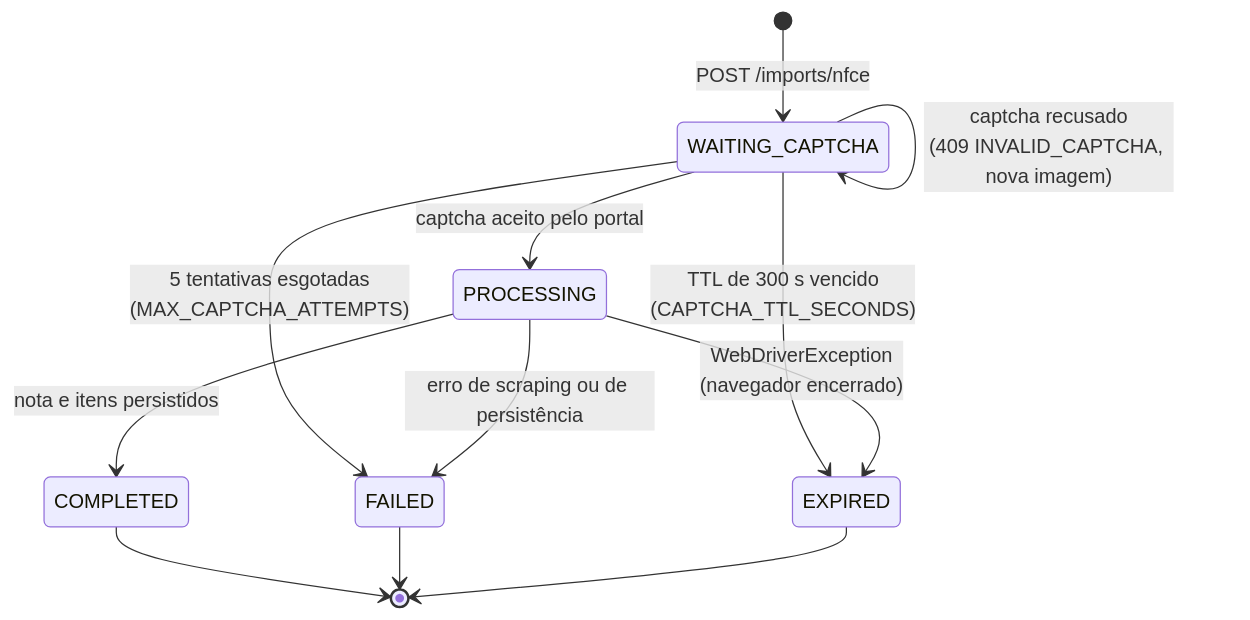
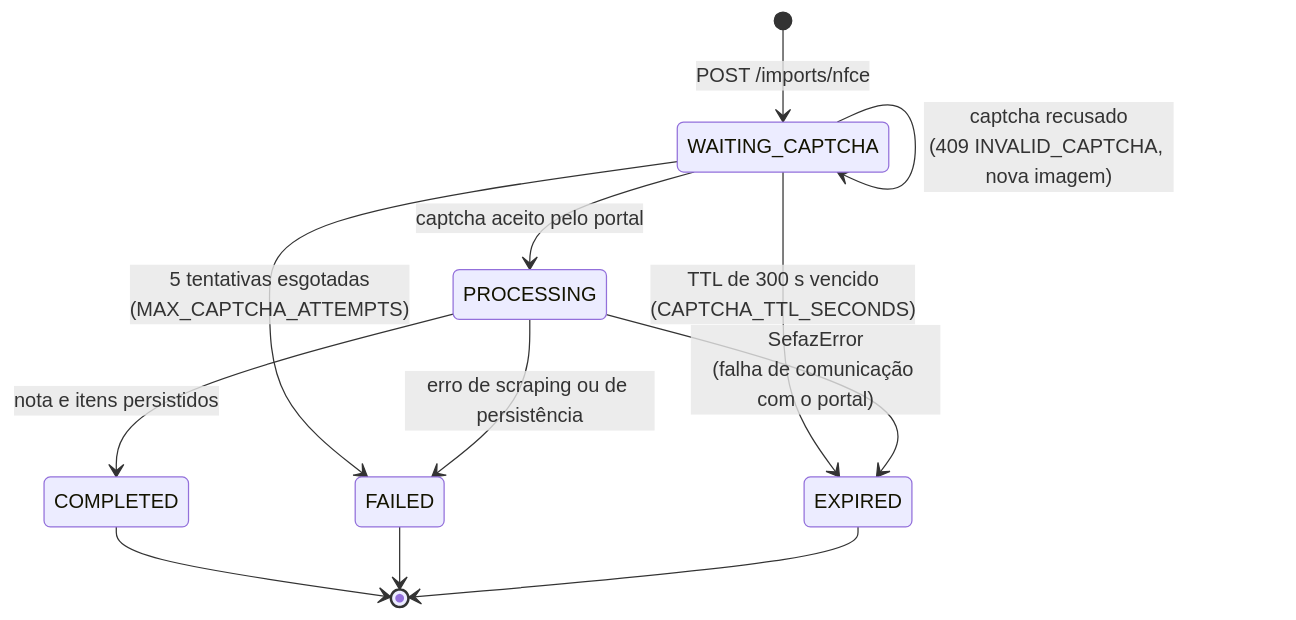
Before and after one commit to minhascomprasba/minhasCompras-BA: the sixth of 10 diagrams in README.md, drawn with Mermaid. The commit also changed other lines of this file and 21 other files, not shown here.

````diff
--- a/README.md
+++ b/README.md
@@ -326,14 +325,14 @@
 ```mermaid
 stateDiagram-v2
     [*] --> WAITING_CAPTCHA: POST /imports/nfce
     WAITING_CAPTCHA --> PROCESSING: captcha aceito pelo portal
     WAITING_CAPTCHA --> WAITING_CAPTCHA: captcha recusado<br/>(409 INVALID_CAPTCHA, nova imagem)
     WAITING_CAPTCHA --> FAILED: 5 tentativas esgotadas<br/>(MAX_CAPTCHA_ATTEMPTS)
     WAITING_CAPTCHA --> EXPIRED: TTL de 300 s vencido<br/>(CAPTCHA_TTL_SECONDS)
     PROCESSING --> COMPLETED: nota e itens persistidos
     PROCESSING --> FAILED: erro de scraping ou de persistência
-    PROCESSING --> EXPIRED: WebDriverException<br/>(navegador encerrado)
+    PROCESSING --> EXPIRED: SefazError<br/>(falha de comunicação com o portal)
     COMPLETED --> [*]
     FAILED --> [*]
     EXPIRED --> [*]
 ```
````
